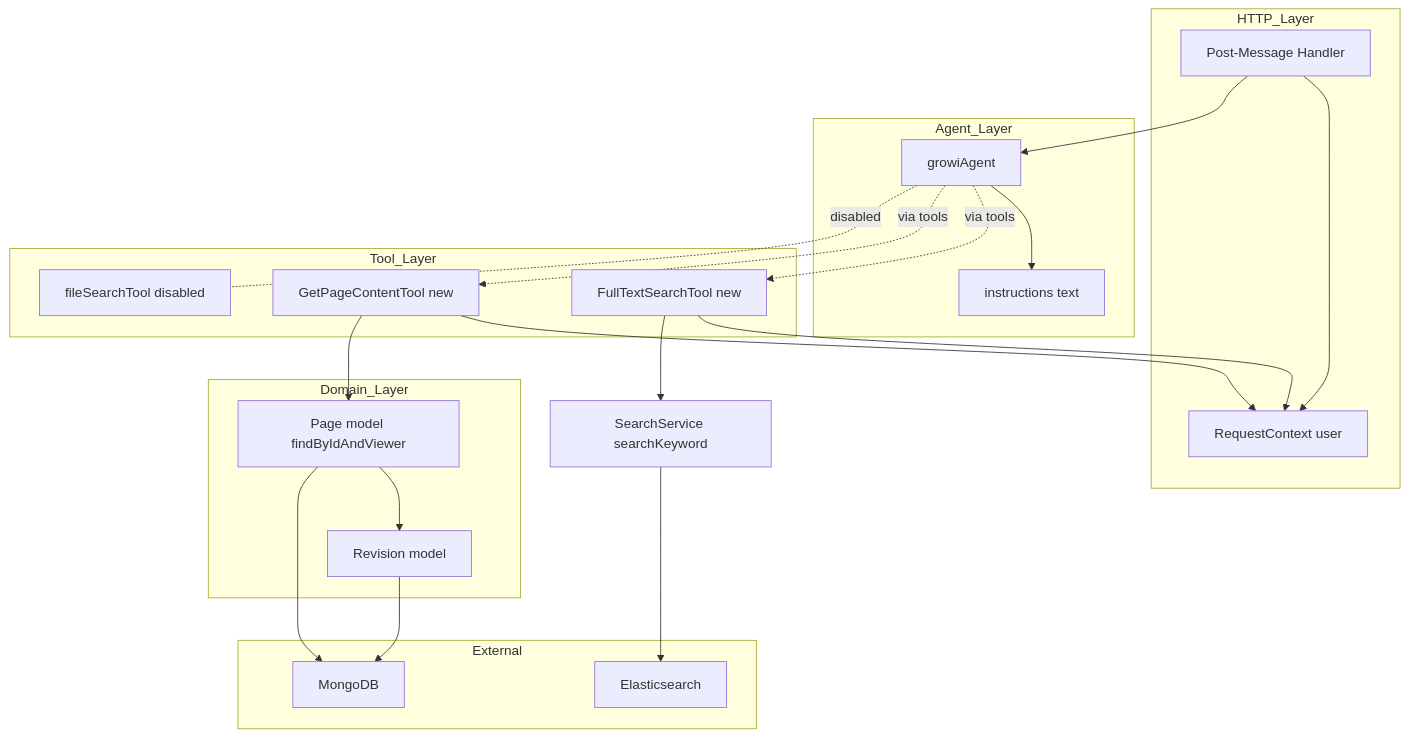
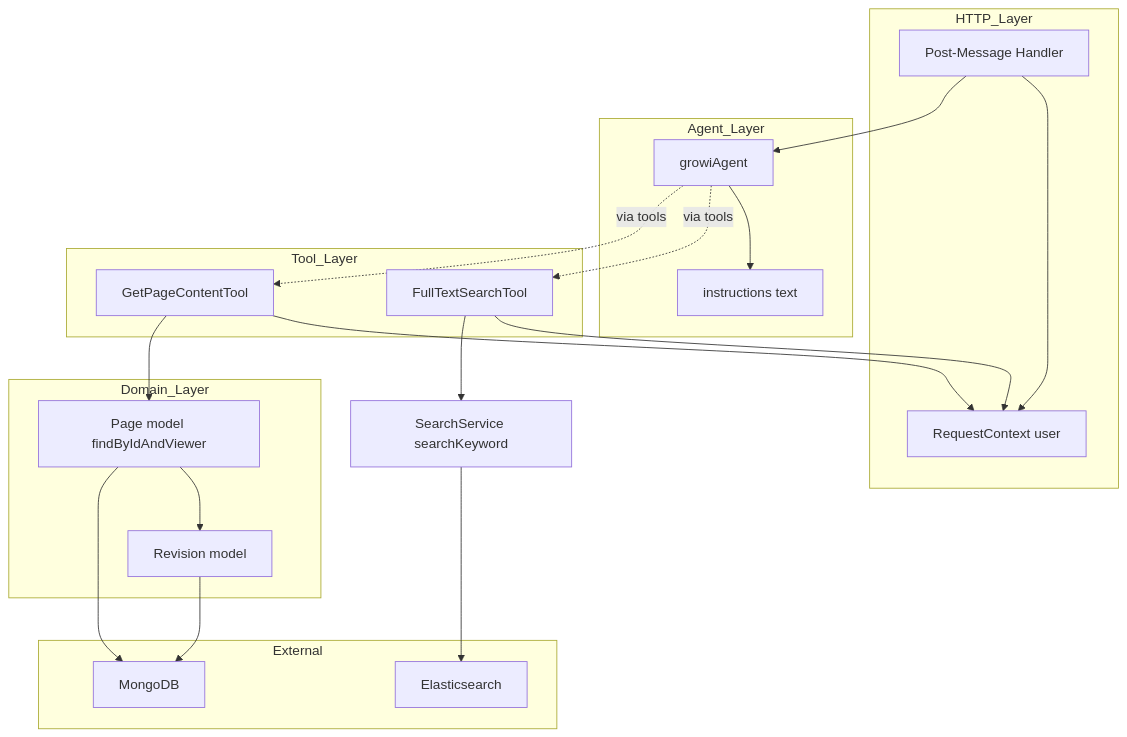
Before and after one commit to growilabs/growi: the first of 4 diagrams in .kiro/specs/ai-agentic-search/design.md, drawn with Mermaid. The commit also changed other lines of this file and 36 other files, not shown here.

````diff
--- a/.kiro/specs/ai-agentic-search/design.md
+++ b/.kiro/specs/ai-agentic-search/design.md
@@ -98,39 +104,37 @@
 ```mermaid
 graph TB
     subgraph HTTP_Layer
         PostMessage[Post-Message Handler]
         ReqCtx[RequestContext user]
     end
     subgraph Agent_Layer
         GrowiAgent[growiAgent]
         Instructions[instructions text]
     end
     subgraph Tool_Layer
-        FullText[FullTextSearchTool new]
-        GetPage[GetPageContentTool new]
-        FileSearch[fileSearchTool disabled]
+        FullText[FullTextSearchTool]
+        GetPage[GetPageContentTool]
     end
     subgraph Domain_Layer
         PageModel[Page model findByIdAndViewer]
         RevisionModel[Revision model]
     end
     subgraph External
         Mongo[MongoDB]
         Elasticsearch[Elasticsearch]
     end
 
     PostMessage --> ReqCtx
     PostMessage --> GrowiAgent
     GrowiAgent --> Instructions
     GrowiAgent -.via tools.-> FullText
     GrowiAgent -.via tools.-> GetPage
-    GrowiAgent -. disabled .- FileSearch
     FullText --> ReqCtx
     FullText --> SearchService[SearchService searchKeyword]
     SearchService --> Elasticsearch
     GetPage --> ReqCtx
     GetPage --> PageModel
     PageModel --> RevisionModel
     PageModel --> Mongo
     RevisionModel --> Mongo
 ```
````
